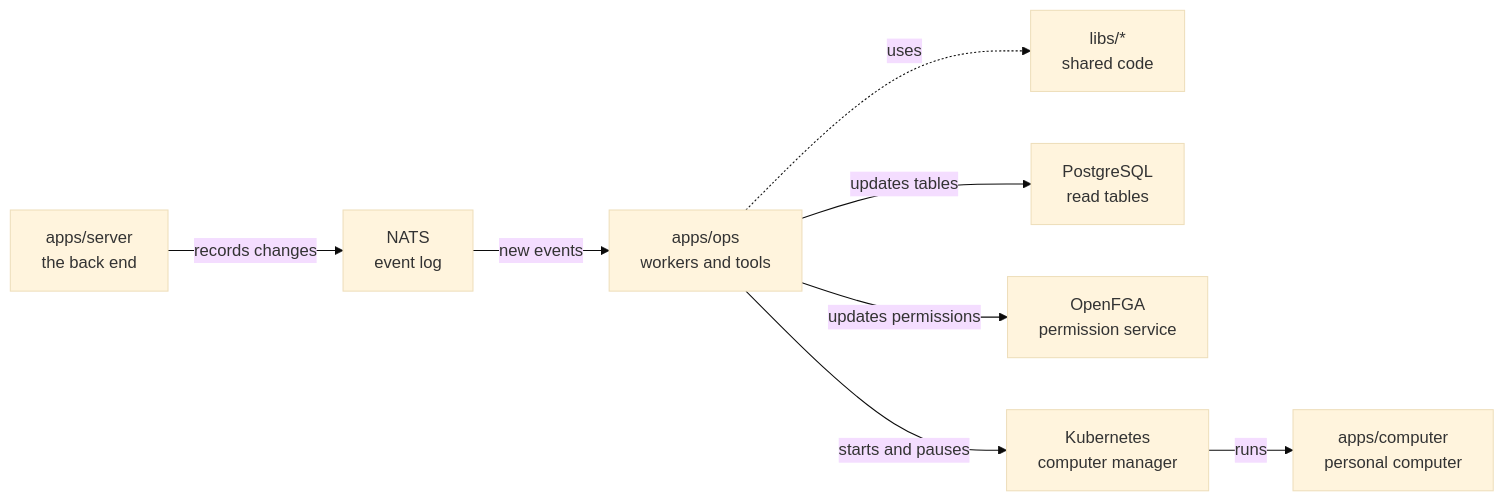
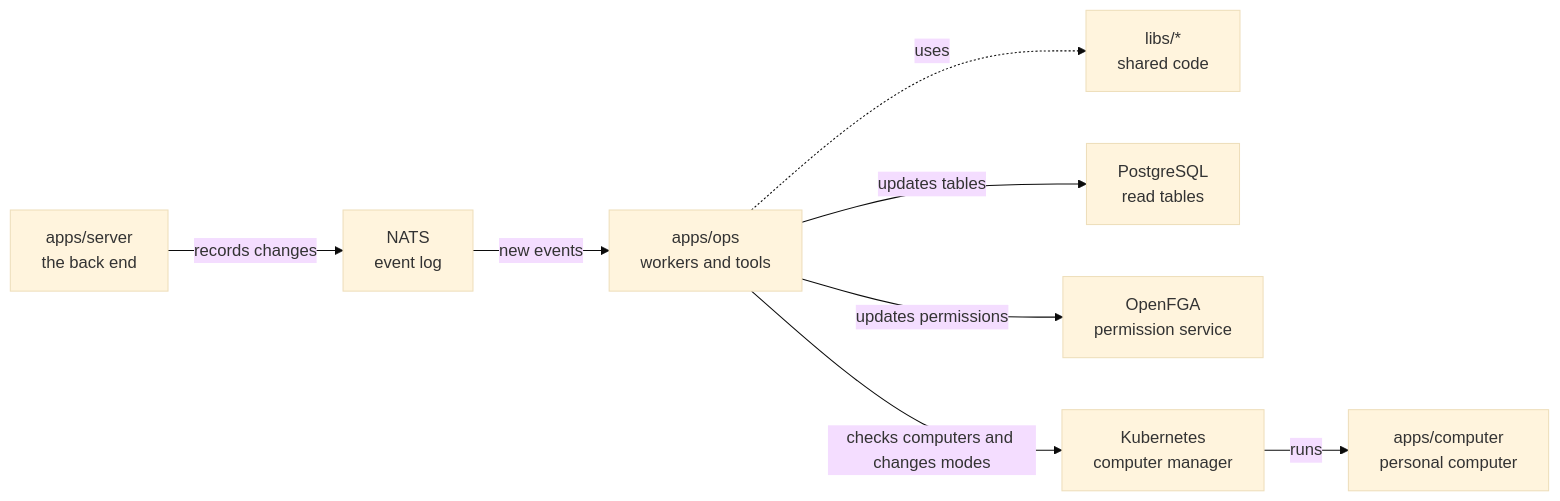
Before and after one commit to elewa-git/opencrane-new: the diagram in apps/ops/README.md, drawn with Mermaid (base theme). The commit also changed other lines of this file and 16 other files, not shown here.

````diff
--- a/apps/ops/README.md
+++ b/apps/ops/README.md
@@ -11,10 +11,10 @@
 ```mermaid
 flowchart LR
   server["apps/server<br/>the back end"] -->|records changes| nats["NATS<br/>event log"]
   nats -->|new events| ops["apps/ops<br/>workers and tools"]
   ops -.->|uses| libs["libs/*<br/>shared code"]
   ops -->|updates tables| postgres["PostgreSQL<br/>read tables"]
   ops -->|updates permissions| fga["OpenFGA<br/>permission service"]
-  ops -->|starts and pauses| kube["Kubernetes<br/>computer manager"]
+  ops -->|checks computers and changes modes| kube["Kubernetes<br/>computer manager"]
   kube -->|runs| computer["apps/computer<br/>personal computer"]
 ```
````
